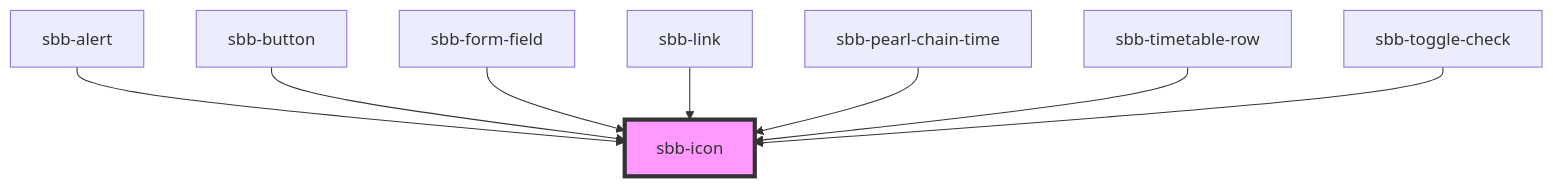
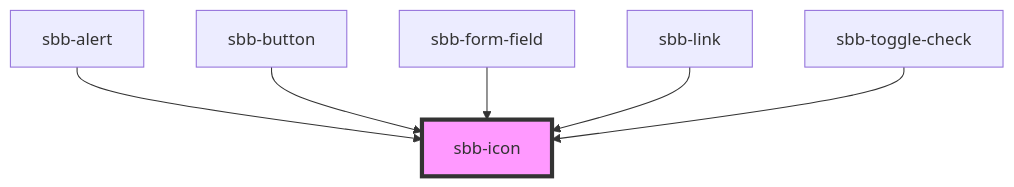
The diagram in src/components/sbb-icon/readme.md (sbb-design-systems/lyne-components), drawn with Mermaid before and after one commit. The commit also changed other lines of this file and 16 other files, not shown here.

````diff
--- a/src/components/sbb-icon/readme.md
+++ b/src/components/sbb-icon/readme.md
@@ -108,11 +109,9 @@
 ```mermaid
 graph TD;
   sbb-alert --> sbb-icon
   sbb-button --> sbb-icon
   sbb-form-field --> sbb-icon
   sbb-link --> sbb-icon
-  sbb-pearl-chain-time --> sbb-icon
-  sbb-timetable-row --> sbb-icon
   sbb-toggle-check --> sbb-icon
   style sbb-icon fill:#f9f,stroke:#333,stroke-width:4px
 ```
````
